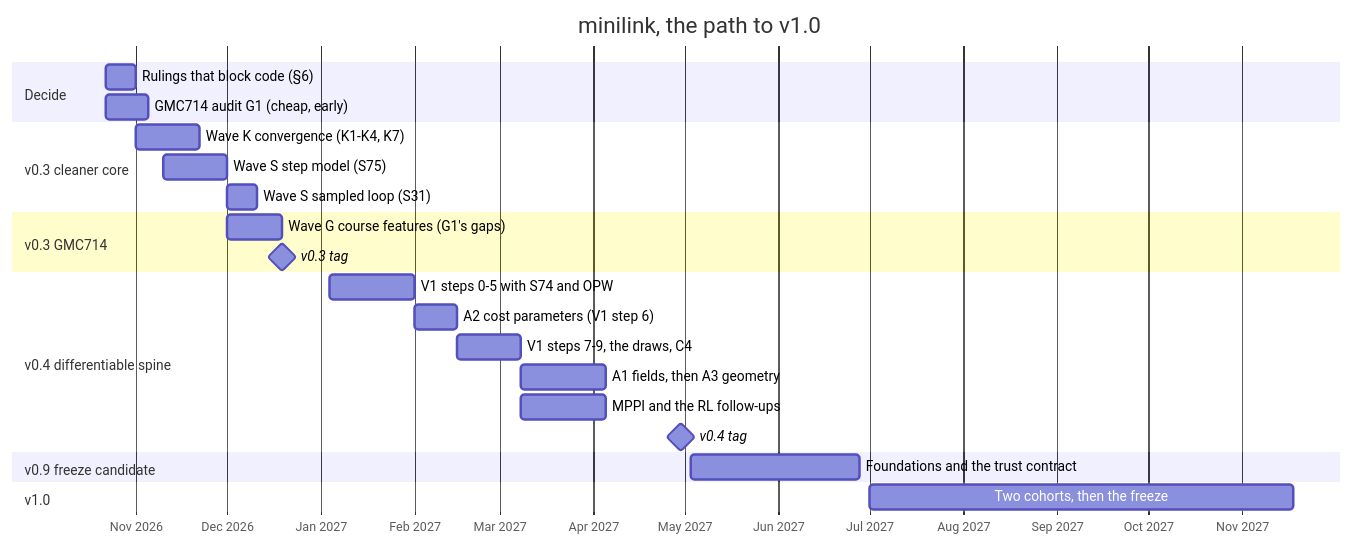
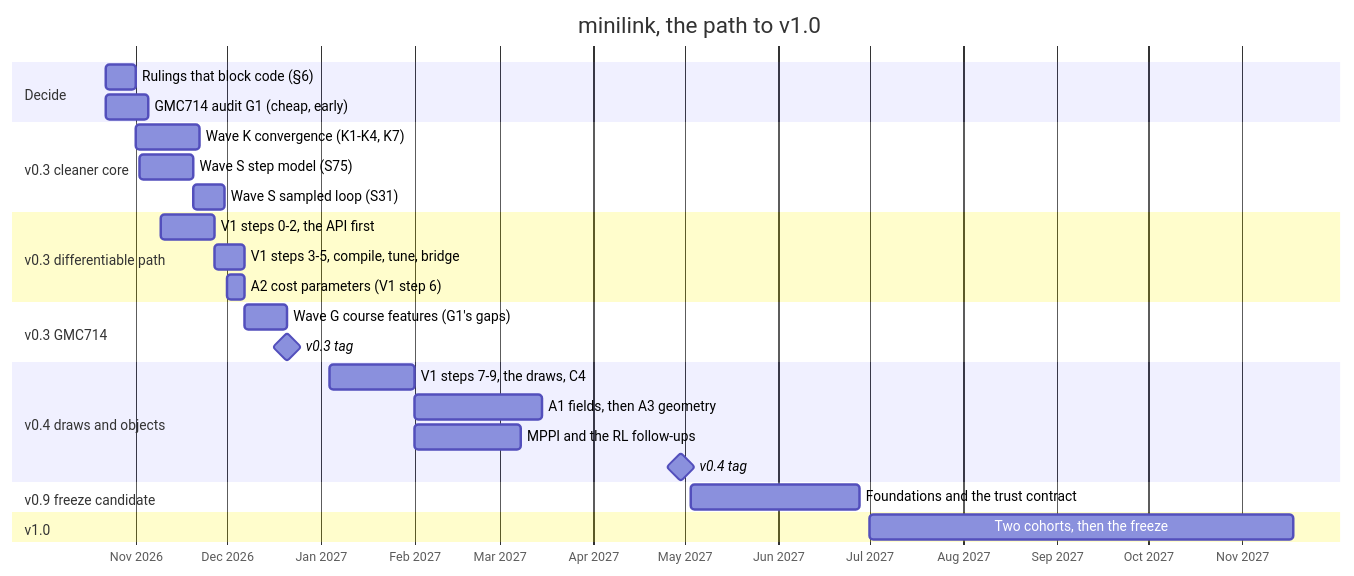
One commit to alx87grd/minilink changed the diagram in docs/dev/ROADMAP.md. Above: the diagram before and after it, drawn with Mermaid. The commit also changed other lines of this file and 6 other files, not shown here.

First line of the commit message:
docs: v0.3 is a cleaner core and the differentiable path, then GMC714

````diff
--- a/docs/dev/ROADMAP.md
+++ b/docs/dev/ROADMAP.md
@@ -235,27 +235,29 @@
 ```mermaid
 gantt
     title minilink, the path to v1.0
     dateFormat YYYY-MM-DD
     axisFormat %b %Y
     section Decide
     Rulings that block code (§6)          :rul, 2026-10-22, 10d
     GMC714 audit G1 (cheap, early)        :g1, 2026-10-22, 2w
     section v0.3 cleaner core
     Wave K convergence (K1-K4, K7)        :k, 2026-11-01, 3w
-    Wave S step model (S75)               :s75, 2026-11-10, 3w
+    Wave S step model (S75)               :s75, 2026-11-02, 18d
     Wave S sampled loop (S31)             :s31, after s75, 10d
+    section v0.3 differentiable path
+    V1 steps 0-2, the API first           :v1a, 2026-11-09, 18d
+    V1 steps 3-5, compile, tune, bridge   :v1b, 2026-11-27, 10d
+    A2 cost parameters (V1 step 6)        :a2, 2026-12-01, 6d
     section v0.3 GMC714
-    Wave G course features (G1's gaps)    :g, 2026-12-01, 18d
-    v0.3 tag                              :milestone, v03, 2026-12-19, 0d
-    section v0.4 differentiable spine
-    V1 steps 0-5 with S74 and OPW         :v1a, 2027-01-04, 4w
-    A2 cost parameters (V1 step 6)        :a2, after v1a, 2w
-    V1 steps 7-9, the draws, C4           :v1b, after a2, 3w
-    A1 fields, then A3 geometry           :a13, after v1b, 4w
-    MPPI and the RL follow-ups            :mp, after v1b, 4w
+    Wave G course features (G1's gaps)    :g, 2026-12-07, 14d
+    v0.3 tag                              :milestone, v03, 2026-12-21, 0d
+    section v0.4 draws and objects
+    V1 steps 7-9, the draws, C4           :v1c, 2027-01-04, 4w
+    A1 fields, then A3 geometry           :a13, after v1c, 6w
+    MPPI and the RL follow-ups            :mp, after v1c, 5w
     v0.4 tag                              :milestone, v04, 2027-04-30, 0d
     section v0.9 freeze candidate
     Foundations and the trust contract    :v09, 2027-05-03, 8w
     section v1.0
     Two cohorts, then the freeze          :v10, 2027-07-01, 20w
 ```
````
